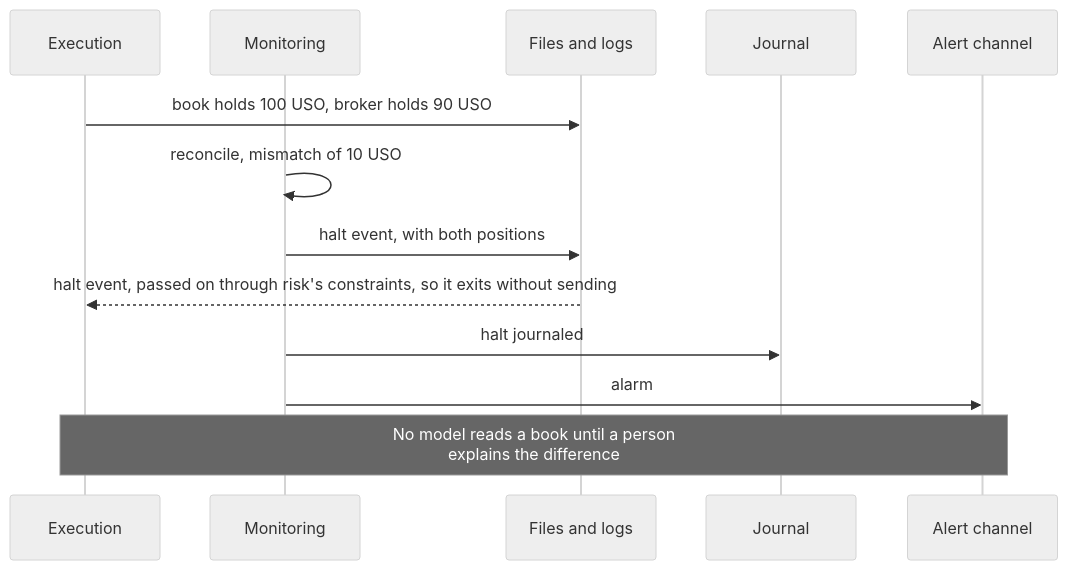
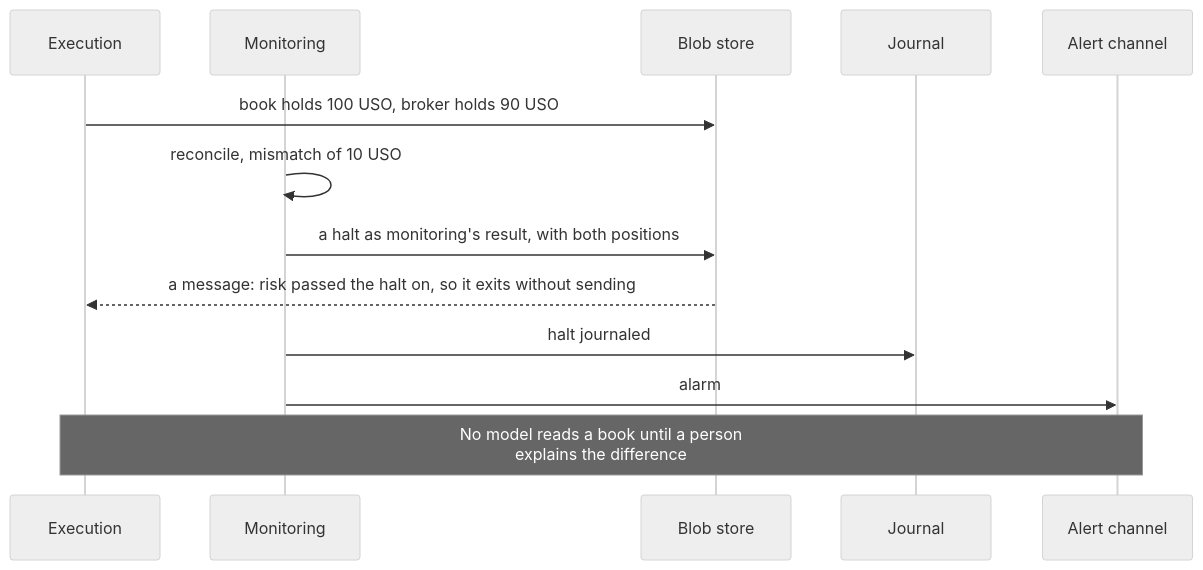
Before and after one commit to l3a0/ithildin-runtime: the eighth of 16 diagrams in docs/architecture.md, drawn with Mermaid (neutral theme). The commit also changed other lines of this file and 1 other file, not shown here.

````diff
--- a/docs/architecture.md
+++ b/docs/architecture.md
@@ -724,16 +718,16 @@
 ```mermaid
 sequenceDiagram
     participant X as Execution
     participant M as Monitoring
-    participant F as Files and logs
+    participant F as Blob store
     participant J as Journal
     participant L as Alert channel
 
     X->>F: book holds 100 USO, broker holds 90 USO
     M->>M: reconcile, mismatch of 10 USO
-    M->>F: halt event, with both positions
-    F-->>X: halt event, passed on through risk's constraints, so it exits without sending
+    M->>F: a halt as monitoring's result, with both positions
+    F-->>X: a message: risk passed the halt on, so it exits without sending
     M->>J: halt journaled
     M->>L: alarm
     Note over X,L: No model reads a book until a person<br/>explains the difference
 ```
````
